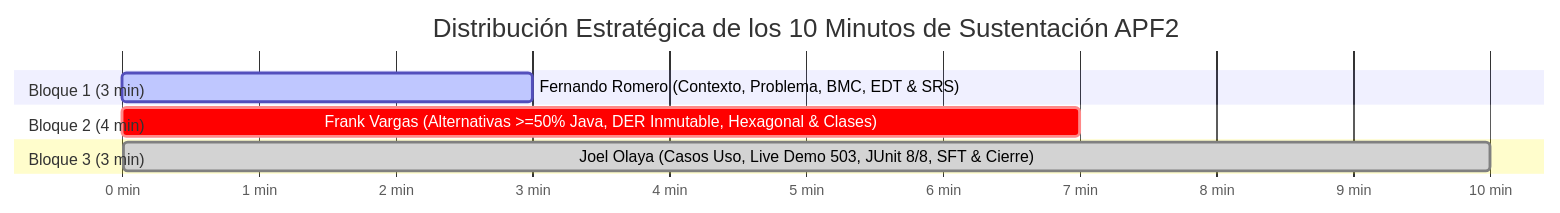
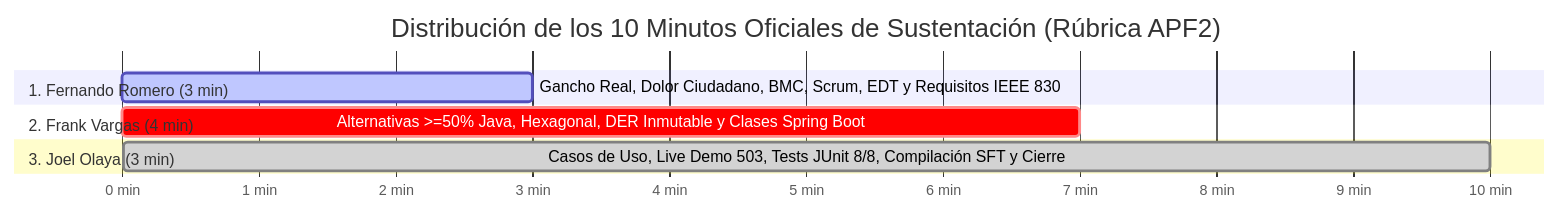
The diagram in 01_DOCUMENTACION_TECNICA/GUIA_DE_EXPOSICION_Y_PONENCIA_APF2.md (frankitoromas-tech/UTP-Curso-Integrador-I-SIGIR-BCRP), drawn with Mermaid before and after one commit. The commit also changed other lines of this file, not shown here.

Commit message:
docs(ponencia): actualizar guia didactica, pedagogica y humana para sustentacion APF2 (Fernando, Frank y Joel)

````diff
--- a/01_DOCUMENTACION_TECNICA/GUIA_DE_EXPOSICION_Y_PONENCIA_APF2.md
+++ b/01_DOCUMENTACION_TECNICA/GUIA_DE_EXPOSICION_Y_PONENCIA_APF2.md
@@ -21,12 +25,12 @@
 ```mermaid
 gantt
-    title Distribución Estratégica de los 10 Minutos de Sustentación APF2
+    title Distribución de los 10 Minutos Oficiales de Sustentación (Rúbrica APF2)
     dateFormat  X
     axisFormat %s min
-    section Bloque 1 (3 min)
-    Fernando Romero (Contexto, Problema, BMC, EDT & SRS) :active, 0, 3
-    section Bloque 2 (4 min)
-    Frank Vargas (Alternativas >=50% Java, DER Inmutable, Hexagonal & Clases) :crit, 3, 7
-    section Bloque 3 (3 min)
-    Joel Olaya (Casos Uso, Live Demo 503, JUnit 8/8, SFT & Cierre) :done, 7, 10
+    section 1. Fernando Romero (3 min)
+    Gancho Real, Dolor Ciudadano, BMC, Scrum, EDT y Requisitos IEEE 830 :active, 0, 3
+    section 2. Frank Vargas (4 min)
+    Alternativas >=50% Java, Hexagonal, DER Inmutable y Clases Spring Boot :crit, 3, 7
+    section 3. Joel Olaya (3 min)
+    Casos de Uso, Live Demo 503, Tests JUnit 8/8, Compilación SFT y Cierre :done, 7, 10
 ```
````
